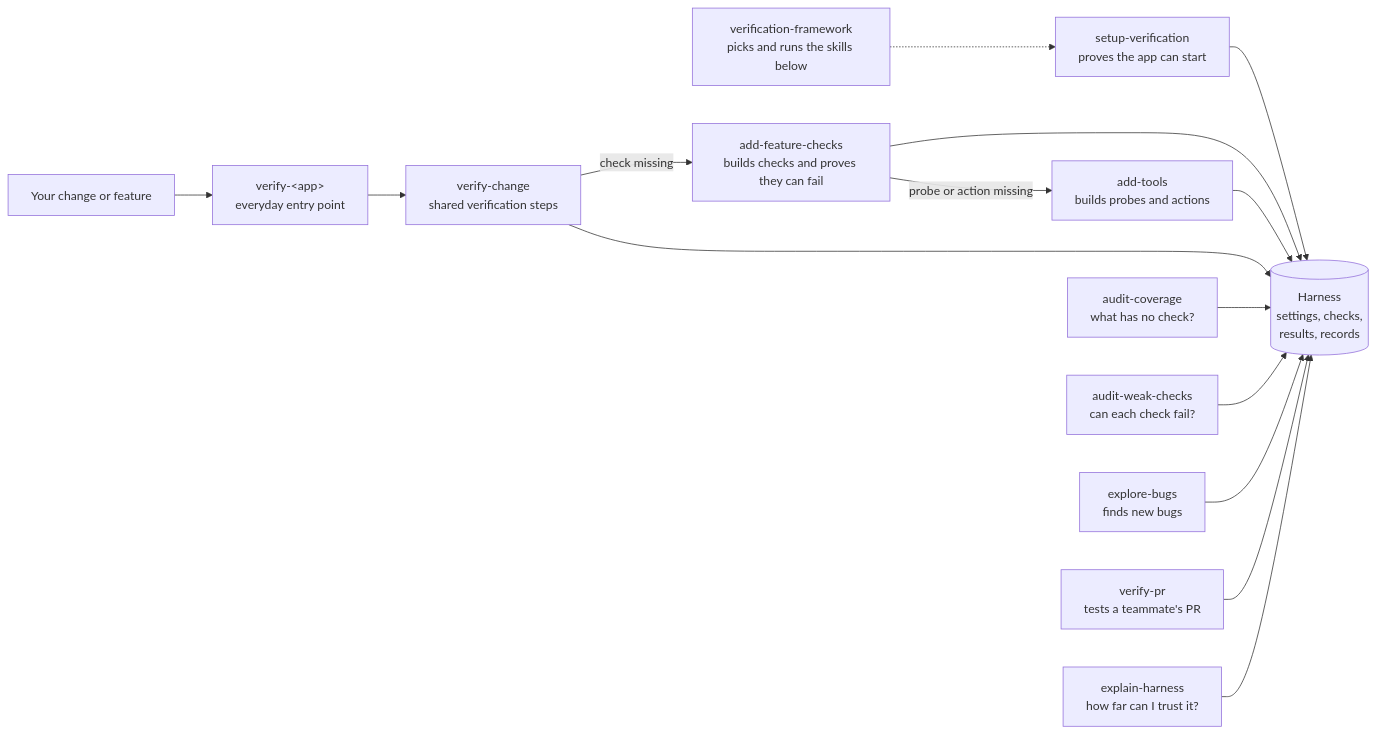
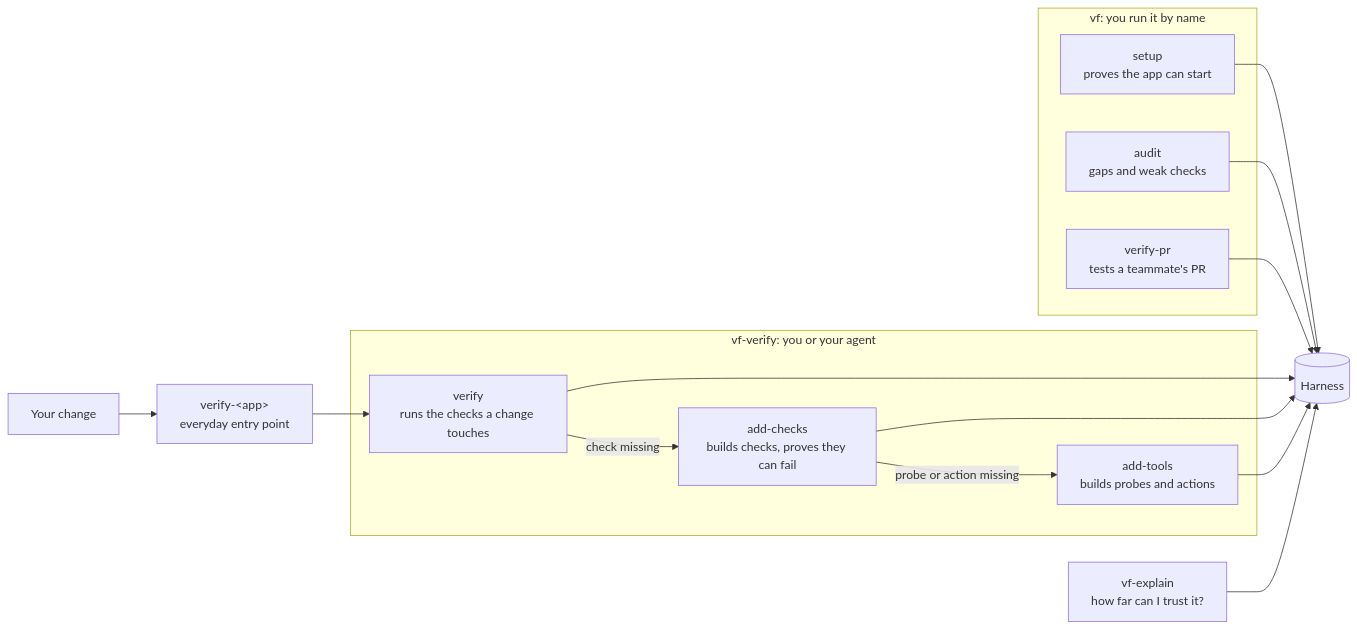
The diagram in USAGE.md (kennymatsudo/verification-framework), drawn with Mermaid before and after one commit. The commit also changed other lines of this file and 146 other files, not shown here.

````diff
--- a/USAGE.md
+++ b/USAGE.md
@@ -120,17 +118,19 @@
 ```mermaid
 flowchart LR
-  start[verification-framework<br/>picks and runs the skills below] -.-> setup
-  setup[setup-verification<br/>proves the app can start] --> harness[(Harness<br/>settings, checks,<br/>results, records)]
-  build[add-feature-checks<br/>builds checks and proves they can fail] --> harness
-  tools[add-tools<br/>builds probes and actions] --> harness
-  build -->|probe or action missing| tools
-  user[Your change or feature] --> app[verify-&lt;app&gt;<br/>everyday entry point]
-  app --> verify[verify-change<br/>shared verification steps]
-  verify -->|check missing| build
-  verify --> harness
-  coverage[audit-coverage<br/>what has no check?] --> harness
-  audit[audit-weak-checks<br/>can each check fail?] --> harness
-  explore[explore-bugs<br/>finds new bugs] --> harness
-  pr[verify-pr<br/>tests a teammate's PR] --> harness
-  explain[explain-harness<br/>how far can I trust it?] --> harness
+  subgraph vf[vf: you run it by name]
+    setup[setup<br/>proves the app can start]
+    audit[audit<br/>gaps and weak checks]
+    pr[verify-pr<br/>tests a teammate's PR]
+  end
+  subgraph vfv[vf-verify: you or your agent]
+    verify[verify<br/>runs the checks a change touches]
+    build[add-checks<br/>builds checks, proves they can fail]
+    tools[add-tools<br/>builds probes and actions]
+    verify -->|check missing| build
+    build -->|probe or action missing| tools
+  end
+  you[Your change] --> app[verify-&lt;app&gt;<br/>everyday entry point] --> verify
+  harness[(Harness)]
+  setup & audit & pr & verify & build & tools --> harness
+  explain[vf-explain<br/>how far can I trust it?] --> harness
 ```
````
